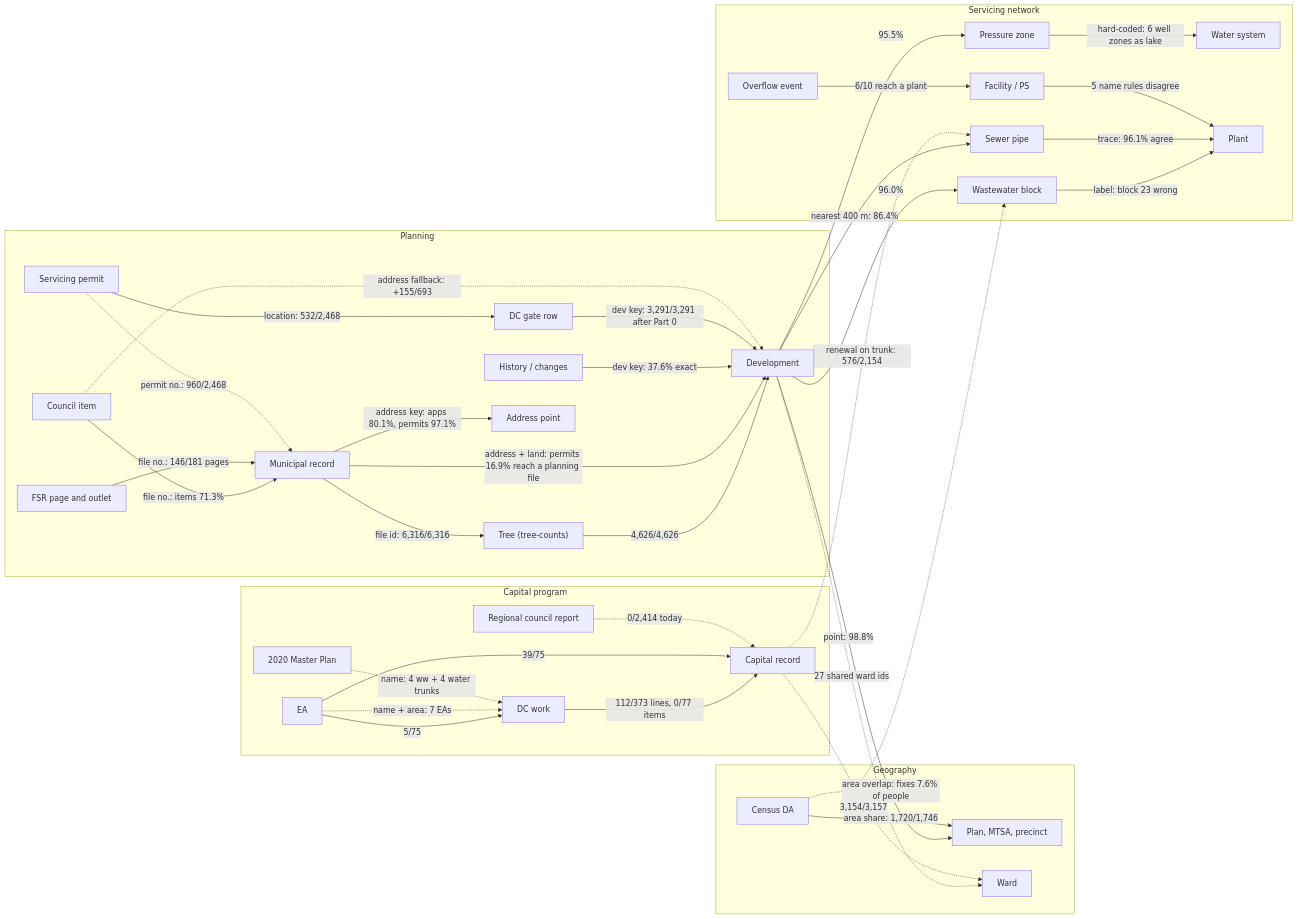
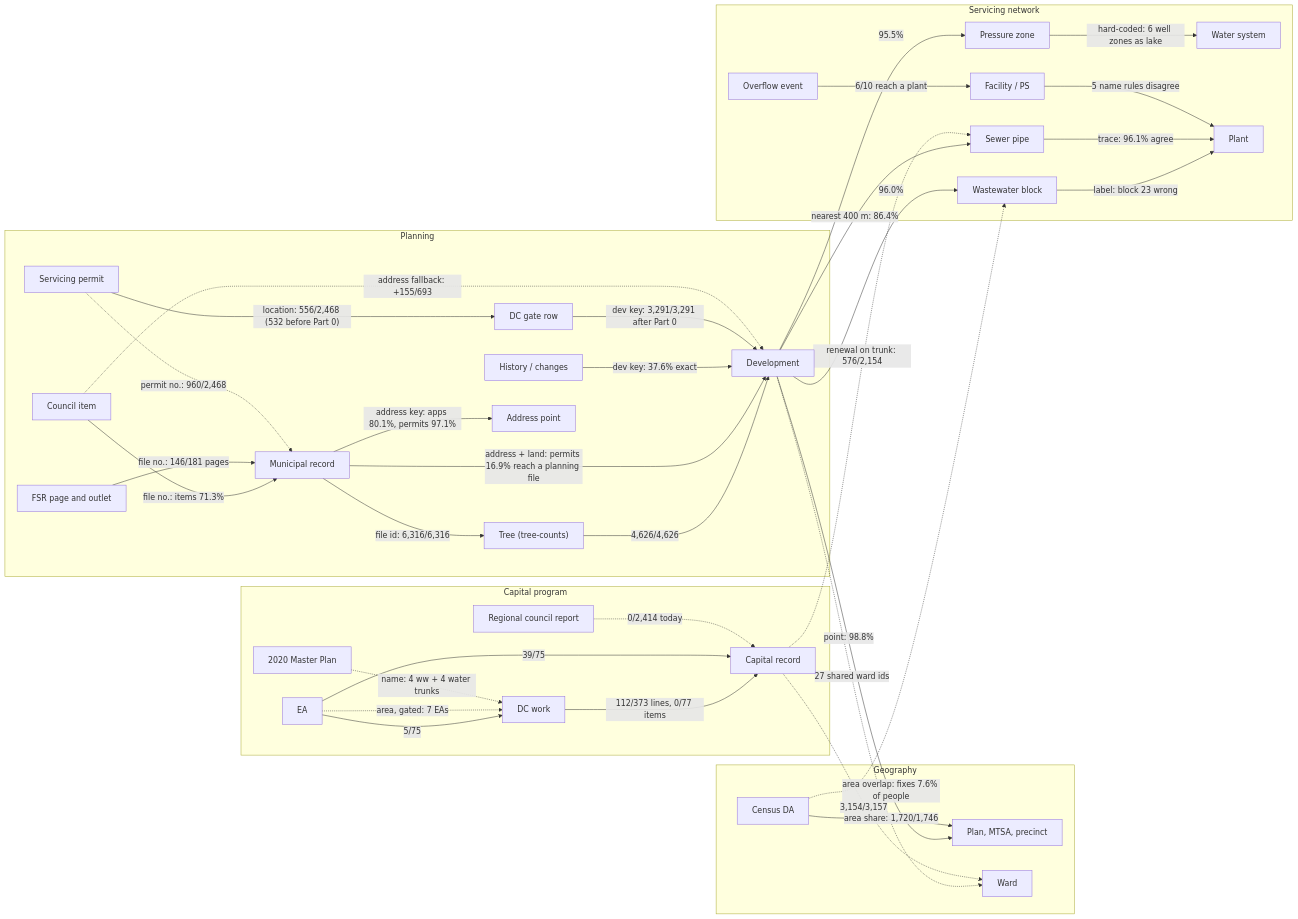
Before and after one commit to jaredacostar-cmd/Fsr-reviewer: the diagram in docs/architecture-review.md, drawn with Mermaid. The commit also changed other lines of this file and 1 other file, not shown here.

First line of the commit message:
Architecture review: corrections from an independent fact-check

````diff
--- a/docs/architecture-review.md
+++ b/docs/architecture-review.md
@@ -197,66 +209,66 @@
 ```mermaid
 flowchart LR
   subgraph PLANNING["Planning"]
     REC["Municipal record"]
     DEV["Development"]
     TREE["Tree (tree-counts)"]
     HIST["History / changes"]
     CI["Council item"]
     FSR["FSR page and outlet"]
     SVP["Servicing permit"]
     GATE["DC gate row"]
     ADDR["Address point"]
   end
   subgraph GEO["Geography"]
     AREA["Plan, MTSA, precinct"]
     DA["Census DA"]
     WARD["Ward"]
   end
   subgraph NET["Servicing network"]
     PZ["Pressure zone"]
     WSYS["Water system"]
     BLK["Wastewater block"]
     PLANT["Plant"]
     PIPE["Sewer pipe"]
     FAC["Facility / PS"]
     EV["Overflow event"]
   end
   subgraph CAP["Capital program"]
     DC["DC work"]
     CAPR["Capital record"]
     EA["EA"]
     MP["2020 Master Plan"]
     RC["Regional council report"]
   end
   REC -->|"file id: 6,316/6,316"| TREE
   TREE -->|"4,626/4,626"| DEV
   REC -->|"address + land: permits 16.9% reach a planning file"| DEV
   HIST -->|"dev key: 37.6% exact"| DEV
   CI -->|"file no.: items 71.3%"| REC
   FSR -->|"file no.: 146/181 pages"| REC
-  SVP -->|"location: 532/2,468"| GATE
+  SVP -->|"location: 556/2,468 (532 before Part 0)"| GATE
   GATE -->|"dev key: 3,291/3,291 after Part 0"| DEV
   REC -->|"address key: apps 80.1%, permits 97.1%"| ADDR
   DEV -->|"point: 98.8%"| AREA
   DA -->|"area share: 1,720/1,746"| AREA
   DEV -->|"95.5%"| PZ
   DEV -->|"96.0%"| BLK
   BLK -->|"label: block 23 wrong"| PLANT
   PIPE -->|"trace: 96.1% agree"| PLANT
   DEV -->|"nearest 400 m: 86.4%"| PIPE
   PZ -->|"hard-coded: 6 well zones as lake"| WSYS
   DC -->|"112/373 lines, 0/77 items"| CAPR
   EA -->|"39/75"| CAPR
   EA -->|"5/75"| DC
   FAC -->|"5 name rules disagree"| PLANT
   EV -->|"6/10 reach a plant"| FAC
   SVP -.->|"permit no.: 960/2,468"| REC
   CI -.->|"address fallback: +155/693"| DEV
   DA -.->|"area overlap: fixes 7.6% of people"| BLK
-  EA -.->|"name + area: 7 EAs"| DC
+  EA -.->|"area, gated: 7 EAs"| DC
   MP -.->|"name: 4 ww + 4 water trunks"| DC
   CAPR -.->|"renewal on trunk: 576/2,154"| PIPE
   DEV -.->|"27 shared ward ids"| WARD
   CAPR -.->|"3,154/3,157"| WARD
   RC -.->|"0/2,414 today"| CAPR
 ```
````
